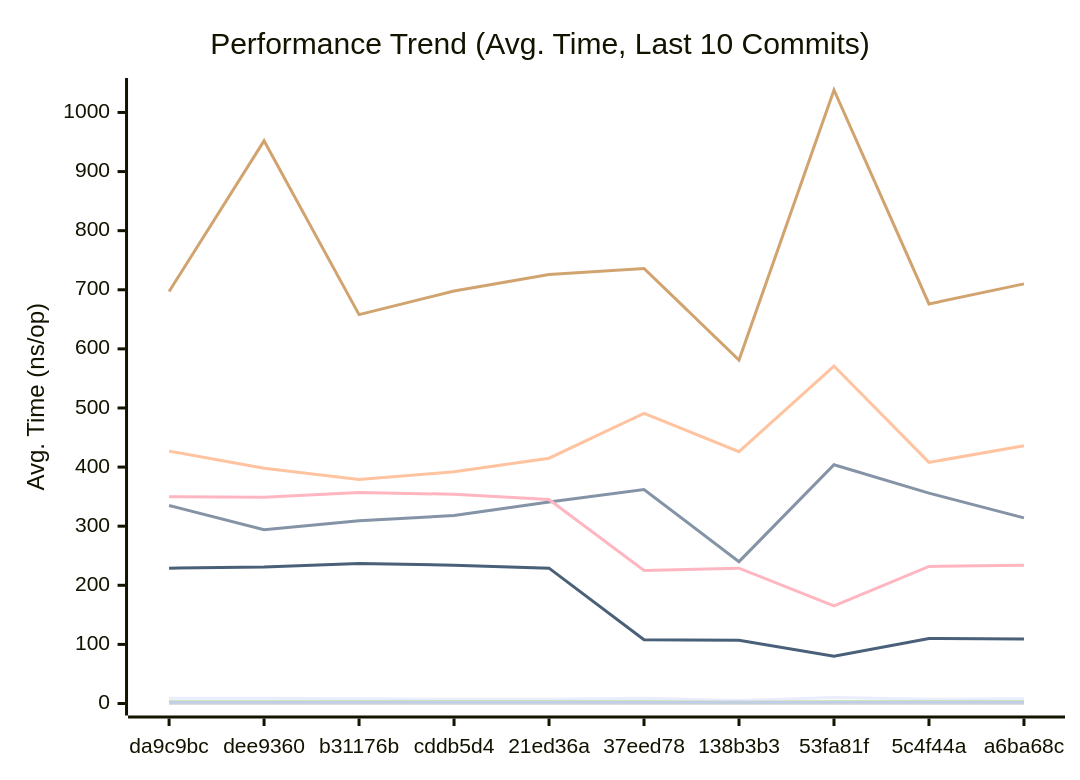
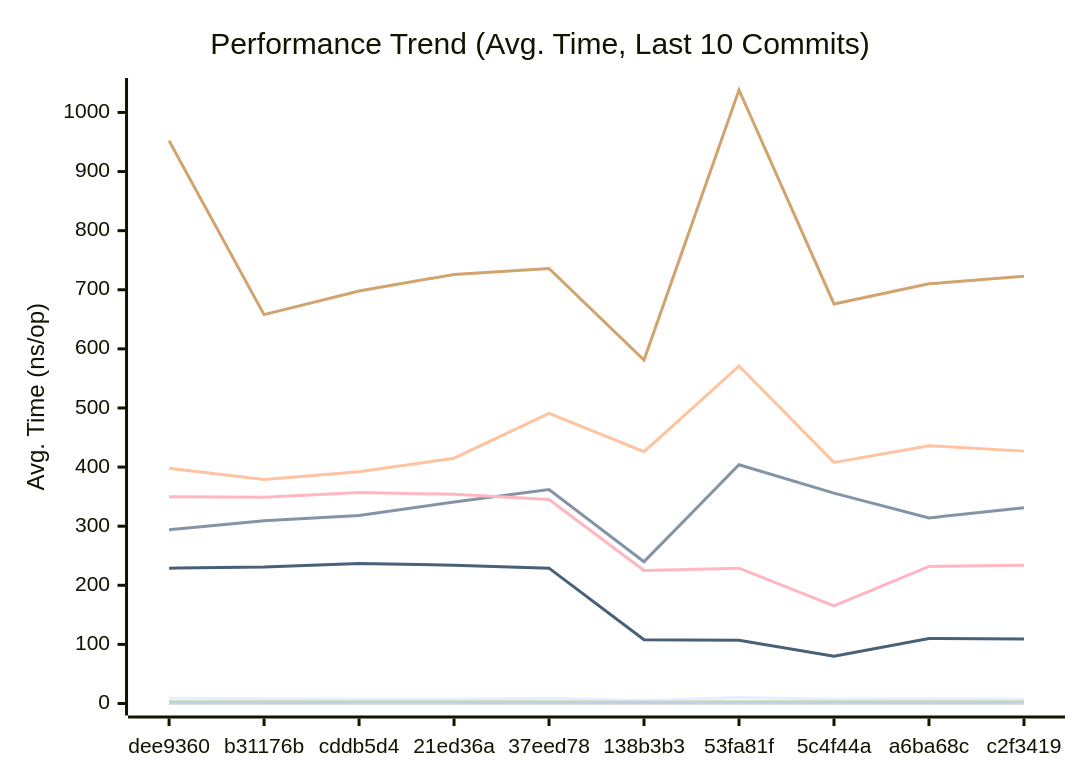
The first of 3 diagrams in docs/PERFORMANCE.md (alsotoes/momo), drawn with Mermaid before and after one commit. The commit also changed other lines of this file and 3 other files, not shown here.

````diff
--- a/docs/PERFORMANCE.md
+++ b/docs/PERFORMANCE.md
@@ -80,16 +80,16 @@
 ```mermaid
 xychart-beta
     title "Performance Trend (Avg. Time, Last 10 Commits)"
     x-axis "Commit"
     y-axis "Avg. Time (ns/op)"
-    x-axis [da9c9bc,dee9360,b31176b,cddb5d4,21ed36a,37eed78,138b3b3,53fa81f,5c4f44a,a6ba68c]
-    line "CheckMetricsAndSwap" [9,9,8,7,7,9,5,10,7,8]
-    line "CrushOptimized" [335,294,309,318,341,362,240,404,356,314]
-    line "CrushOriginal" [427,398,379,392,415,491,426,571,408,436]
+    x-axis [dee9360,b31176b,cddb5d4,21ed36a,37eed78,138b3b3,53fa81f,5c4f44a,a6ba68c,c2f3419]
+    line "CheckMetricsAndSwap" [9,8,7,7,9,5,10,7,8,7]
+    line "CrushOptimized" [294,309,318,341,362,240,404,356,314,331]
+    line "CrushOriginal" [398,379,392,415,491,426,571,408,436,427]
     line "IndexDirectTracking" [0,0,0,0,0,0,0,0,0,0]
-    line "IndexSearch" [3,3,3,3,3,3,2,3,3,3]
-    line "LoadGlobalConfig" [697,952,658,698,726,736,581,1038,676,710]
+    line "IndexSearch" [3,3,3,3,3,2,3,3,3,3]
+    line "LoadGlobalConfig" [952,658,698,726,736,581,1038,676,710,723]
     line "PadString" [2,2,2,2,2,2,2,2,2,2]
     line "ParseReplicationOrder_NoPrealloc" [350,349,357,354,345,225,229,165,232,234]
     line "ParseReplicationOrder_Prealloc" [229,231,237,234,229,108,107,80,110,109]
 ```
````
